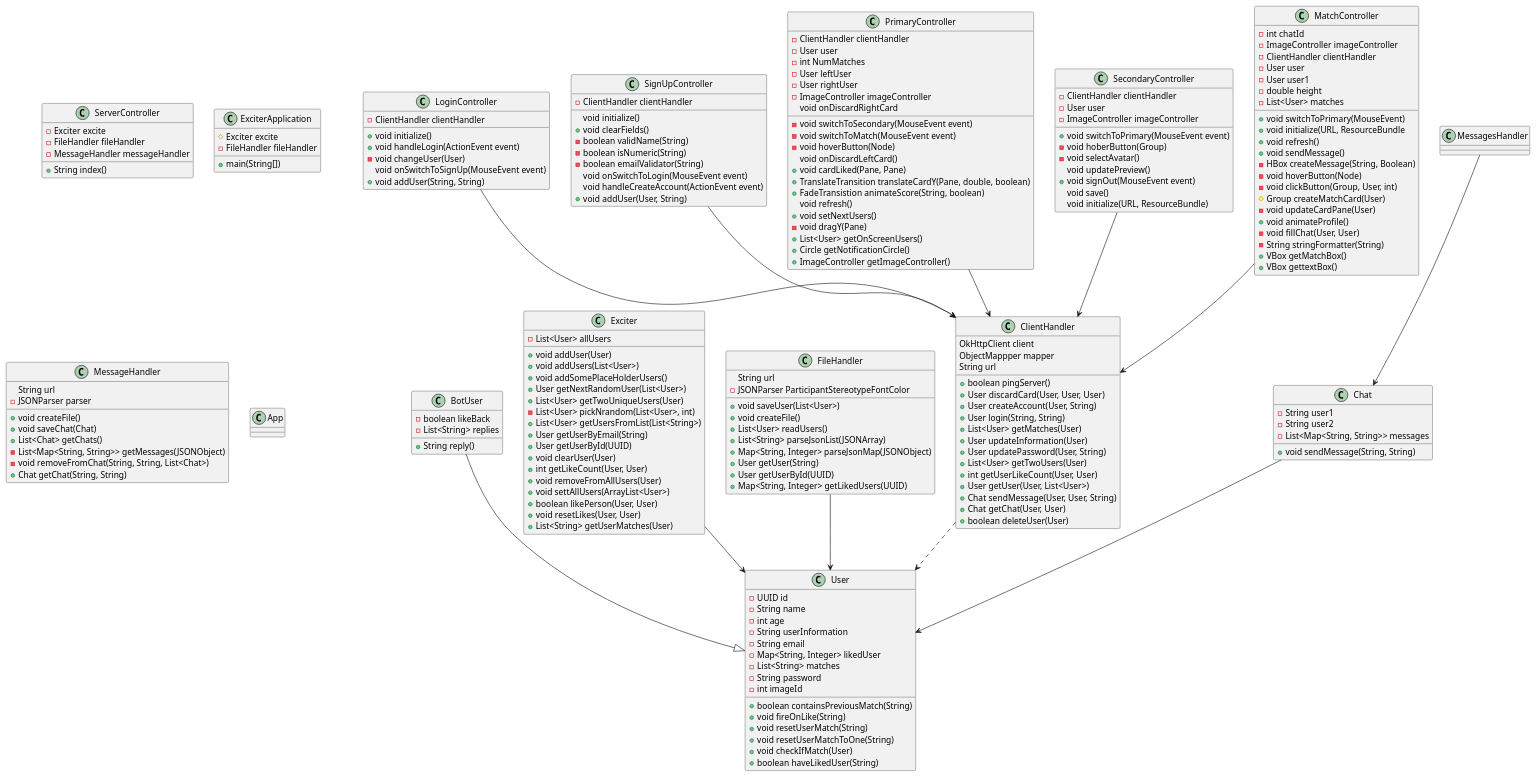
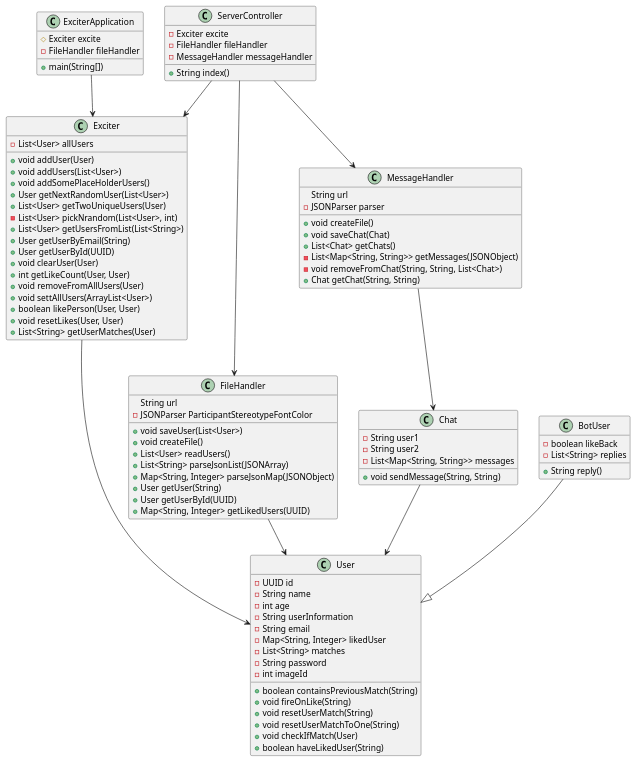
One commit to Tordsg/Xcitr changed the diagram in docs/release 3/whole.plantUML. Above: the diagram before and after it, drawn with PlantUML. The commit also changed 4 other files, not shown here.

Commit message:
fixed diagrams

```diff
--- a/docs/release 3/whole.plantUML
+++ b/docs/release 3/whole.plantUML
@@ -13,7 +13,6 @@
     #Exciter excite
     -FileHandler fileHandler
     +main(String[])
-
 
 }
 
@@ -88,110 +87,6 @@
     +Chat getChat(String, String)
 }
 
-class App{
-}
-
-class ClientHandler{
-    OkHttpClient client
-    ObjectMappper mapper
-    String url
-    +boolean pingServer()
-    +User discardCard(User, User, User)
-    +User createAccount(User, String)
-    +User login(String, String)
-    +List<User> getMatches(User)
-    +User updateInformation(User)
-    +User updatePassword(User, String)
-    +List<User> getTwoUsers(User)
-    +int getUserLikeCount(User, User)
-    +User getUser(User, List<User>)
-    +Chat sendMessage(User, User, String)
-    +Chat getChat(User, User)
-    +boolean deleteUser(User)
-}
-
-class LoginController{
-    -ClientHandler clientHandler
-    +void initialize()
-    +void handleLogin(ActionEvent event)
-    -void changeUser(User)
-    void onSwitchToSignUp(MouseEvent event)
-    +void addUser(String, String)
-
-}
-
-class SignUpController{
-     -ClientHandler clientHandler
-     void initialize()
-     +void clearFields()
-     -boolean validName(String)
-     -boolean isNumeric(String)
-     -boolean emailValidator(String)
-     void onSwitchToLogin(MouseEvent event)
-     void handleCreateAccount(ActionEvent event)
-     +void addUser(User, String)
-
-
-}
-
-class PrimaryController{
-    -ClientHandler clientHandler
-    -User user
-    -int NumMatches
-    -User leftUser
-    -User rightUser
-    -ImageController imageController
-    -void switchToSecondary(MouseEvent event)
-    -void switchToMatch(MouseEvent event)
-    -void hoverButton(Node)
-    void onDiscardLeftCard()
-    void onDiscardRightCard
-    +void cardLiked(Pane, Pane)
-    +TranslateTransition translateCardY(Pane, double, boolean)
-    +FadeTransistion animateScore(String, boolean)
-    void refresh()
-    +void setNextUsers()
-    -void dragY(Pane)
-    +List<User> getOnScreenUsers()
-    +Circle getNotificationCircle()
-    +ImageController getImageController()
-}
-class SecondaryController{
-    -ClientHandler clientHandler
-    -User user
-    -ImageController imageController
-    +void switchToPrimary(MouseEvent event)
-    -void hoberButton(Group)
-    -void selectAvatar()
-    void updatePreview()
-    +void signOut(MouseEvent event)
-    void save()
-    void initialize(URL, ResourceBundle)
-
-}
-class MatchController{
-    -int chatId
-    -ImageController imageController
-    -ClientHandler clientHandler
-    -User user
-    -User user1
-    -double height
-    -List<User> matches
-    +void switchToPrimary(MouseEvent)
-    +void initialize(URL, ResourceBundle
-    +void refresh()
-    +void sendMessage()
-    -HBox createMessage(String, Boolean)
-    -void hoverButton(Node)
-    -void clickButton(Group, User, int)
-    #Group createMatchCard(User)
-    -void updateCardPane(User)
-    +void animateProfile()
-    -void fillChat(User, User)
-    -String stringFormatter(String)
-    +VBox getMatchBox()
-    +VBox gettextBox()
-}
 
 class Chat{
     -String user1
@@ -205,13 +100,11 @@
 Exciter --> User
 FileHandler --> User
 Chat--> User
-MessagesHandler --> Chat
-ClientHandler ..> User
-LoginController --> ClientHandler
-SignUpController --> ClientHandler
-PrimaryController --> ClientHandler
-SecondaryController --> ClientHandler
-MatchController --> ClientHandler
+MessageHandler --> Chat
+ExciterApplication --> Exciter
+ServerController --> FileHandler
+ServerController --> MessageHandler
+ServerController --> Exciter
 
 
 
```
